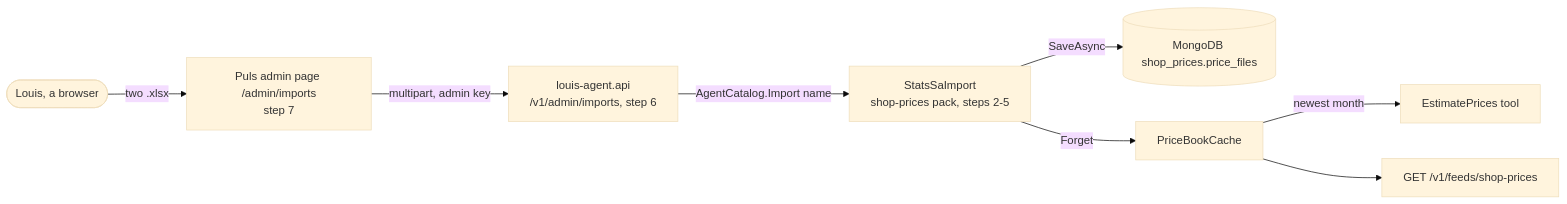
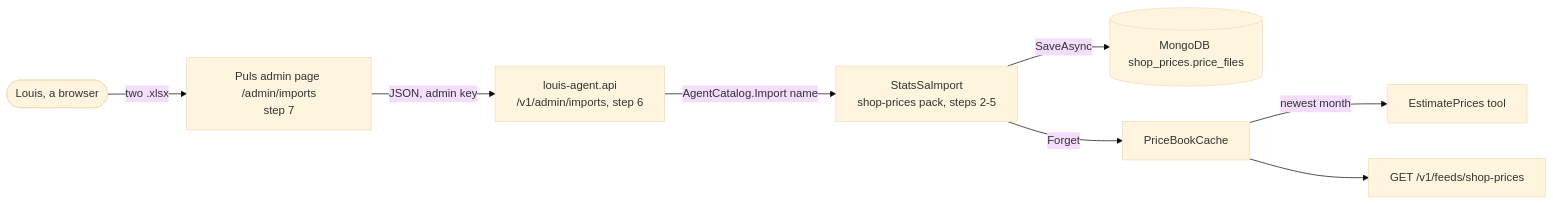
The second of 4 diagrams in docs/plans/F55-stats-sa-price-upload.md (bosbevk/louis-agent), drawn with Mermaid (base theme) before and after one commit. The commit also changed other lines of this file and 8 other files, not shown here.

First line of the commit message:
feat(f55): step 7 - the uploads' routes in the admin API

````diff
--- a/docs/plans/F55-stats-sa-price-upload.md
+++ b/docs/plans/F55-stats-sa-price-upload.md
@@ -139,10 +140,10 @@
 ```mermaid
 flowchart LR
     Louis([Louis, a browser]) -->|two .xlsx| Page[Puls admin page /admin/imports<br/>step 7]
-    Page -->|multipart, admin key| Api[louis-agent.api<br/>/v1/admin/imports, step 6]
+    Page -->|JSON, admin key| Api[louis-agent.api<br/>/v1/admin/imports, step 6]
     Api -->|AgentCatalog.Import name| Import[StatsSaImport<br/>shop-prices pack, steps 2-5]
     Import -->|SaveAsync| Mongo[(MongoDB shop_prices.price_files)]
     Import -->|Forget| Cache[PriceBookCache]
     Cache -->|newest month| Tool[EstimatePrices tool]
     Cache --> Feed[GET /v1/feeds/shop-prices]
 ```
````
